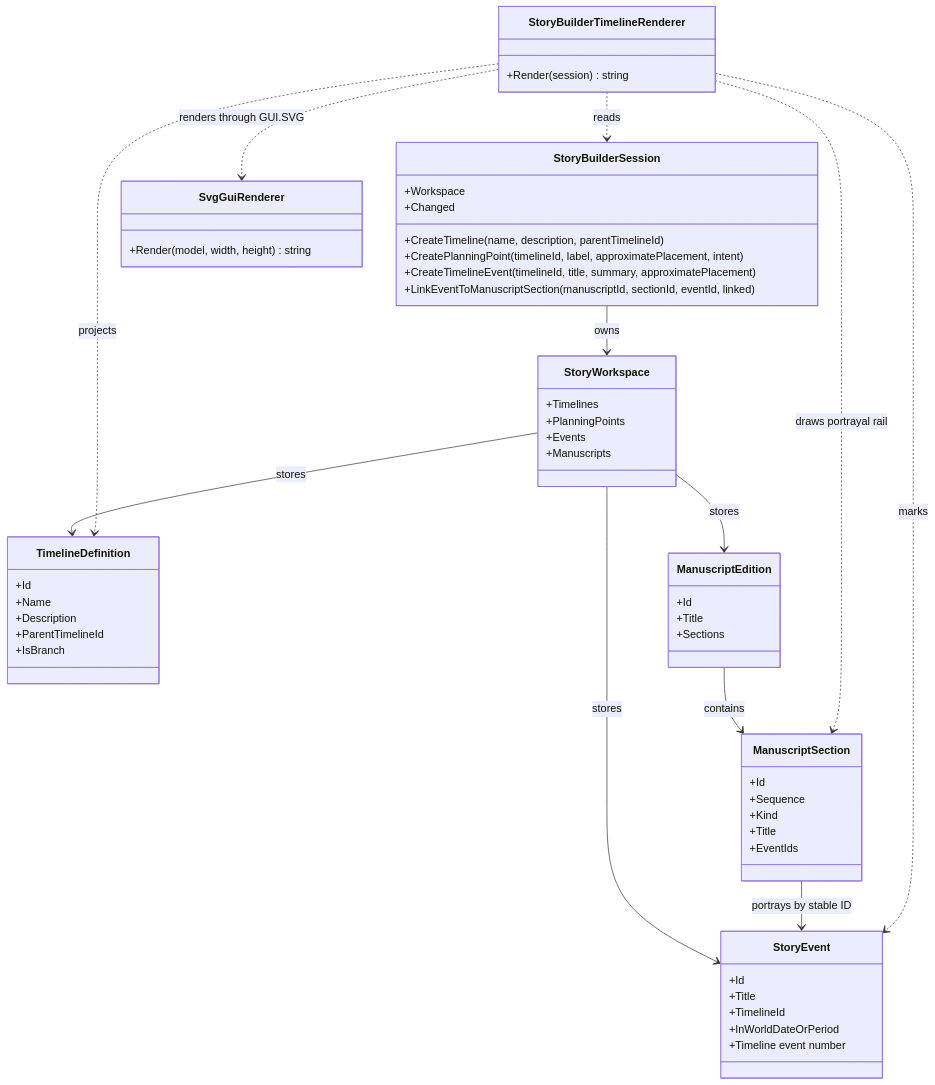
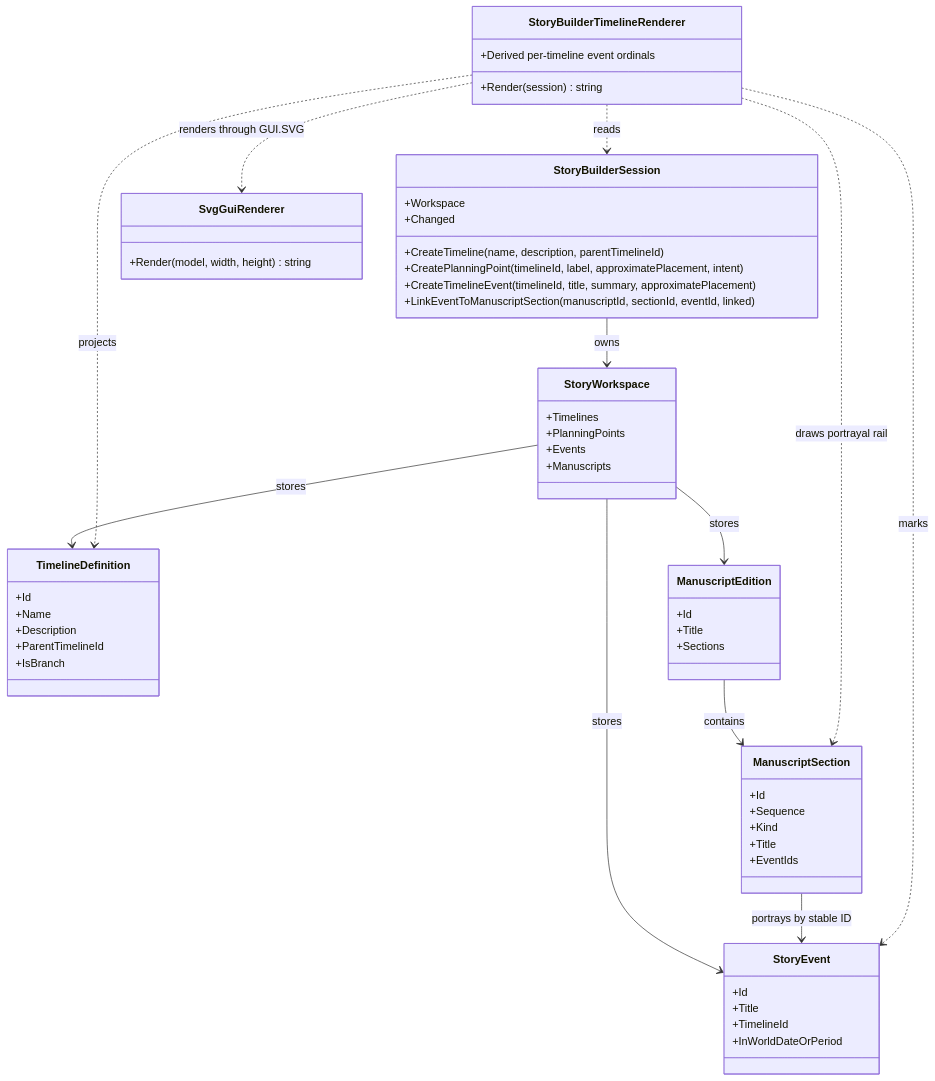
Before and after one commit to TrentBest/StoryBuilder: the diagram in docs/UML/StoryBuilderTimelineRendererUML.md, drawn with Mermaid. The commit also changed other lines of this file and 4 other files, not shown here.

Commit message:
Document verified package and timeline portrayal contracts

````diff
--- a/docs/UML/StoryBuilderTimelineRendererUML.md
+++ b/docs/UML/StoryBuilderTimelineRendererUML.md
@@ -5,60 +5,60 @@
 ```mermaid
 classDiagram
     class StoryBuilderSession {
         +Workspace
         +CreateTimeline(name, description, parentTimelineId)
         +CreatePlanningPoint(timelineId, label, approximatePlacement, intent)
         +CreateTimelineEvent(timelineId, title, summary, approximatePlacement)
         +LinkEventToManuscriptSection(manuscriptId, sectionId, eventId, linked)
         +Changed
     }
     class StoryWorkspace {
         +Timelines
         +PlanningPoints
         +Events
         +Manuscripts
     }
     class TimelineDefinition {
         +Id
         +Name
         +Description
         +ParentTimelineId
         +IsBranch
     }
     class StoryEvent {
         +Id
         +Title
         +TimelineId
         +InWorldDateOrPeriod
-        +Timeline event number
     }
     class ManuscriptEdition {
         +Id
         +Title
         +Sections
     }
     class ManuscriptSection {
         +Id
         +Sequence
         +Kind
         +Title
         +EventIds
     }
     class StoryBuilderTimelineRenderer {
         +Render(session) string
+        +Derived per-timeline event ordinals
     }
     class SvgGuiRenderer {
         +Render(model, width, height) string
     }
     StoryBuilderSession --> StoryWorkspace : owns
     StoryWorkspace --> TimelineDefinition : stores
     StoryWorkspace --> StoryEvent : stores
     StoryWorkspace --> ManuscriptEdition : stores
     ManuscriptEdition --> ManuscriptSection : contains
     ManuscriptSection --> StoryEvent : portrays by stable ID
     StoryBuilderTimelineRenderer ..> StoryBuilderSession : reads
     StoryBuilderTimelineRenderer ..> SvgGuiRenderer : renders through GUI.SVG
     StoryBuilderTimelineRenderer ..> TimelineDefinition : projects
     StoryBuilderTimelineRenderer ..> StoryEvent : marks
     StoryBuilderTimelineRenderer ..> ManuscriptSection : draws portrayal rail
 ```
````
